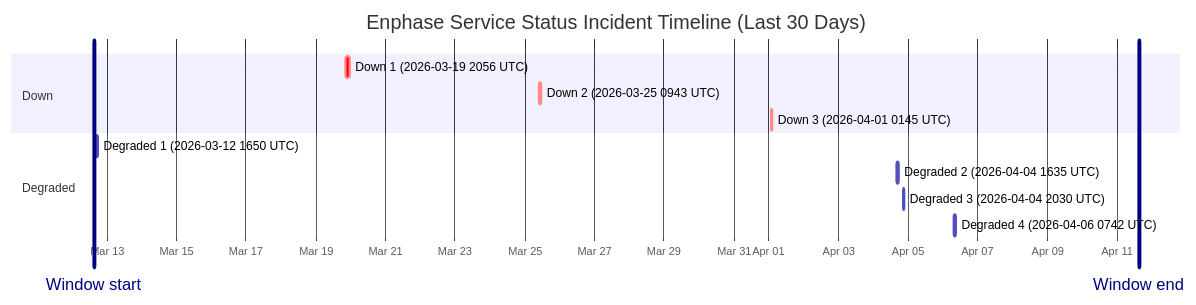
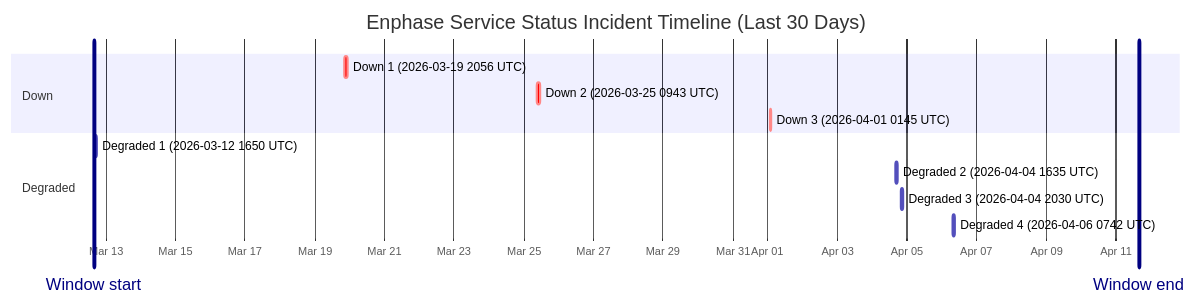
One commit to barneyonline/ha-enphase-ev-charger changed the diagram in wiki/Service-Status-History.md. Above: the diagram before and after it, drawn with Mermaid. The commit also changed other lines of this file and 3 other files, not shown here.

````diff
--- a/wiki/Service-Status-History.md
+++ b/wiki/Service-Status-History.md
@@ -14,17 +14,17 @@
 ```mermaid
 gantt
     title Enphase Service Status Incident Timeline (Last 30 Days)
     dateFormat  YYYY-MM-DDTHH:mm:ss
     axisFormat  %b %d
-    Window start :vert, window-start, 2026-03-12T15:02:01, 0ms
-    Window end :vert, window-end, 2026-04-11T15:02:01, 0ms
+    Window start :vert, window-start, 2026-03-12T15:55:19, 0ms
+    Window end :vert, window-end, 2026-04-11T15:55:19, 0ms
     section Down
     Down 1 (2026-03-19 2056 UTC) :crit, down-1, 2026-03-19T20:56:20, 145m
     Down 2 (2026-03-25 0943 UTC) :crit, down-2, 2026-03-25T09:43:28, 111m
     Down 3 (2026-04-01 0145 UTC) :crit, down-3, 2026-04-01T01:45:09, 60m
     section Degraded
     Degraded 1 (2026-03-12 1650 UTC) :active, degraded-1, 2026-03-12T16:50:43, 60m
     Degraded 2 (2026-04-04 1635 UTC) :active, degraded-2, 2026-04-04T16:35:17, 60m
     Degraded 3 (2026-04-04 2030 UTC) :active, degraded-3, 2026-04-04T20:30:40, 60m
     Degraded 4 (2026-04-06 0742 UTC) :active, degraded-4, 2026-04-06T07:42:09, 85m
 ```
````
